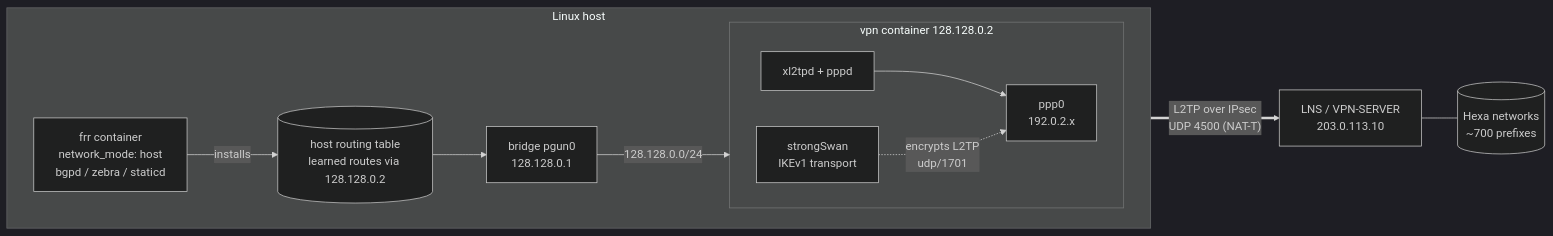
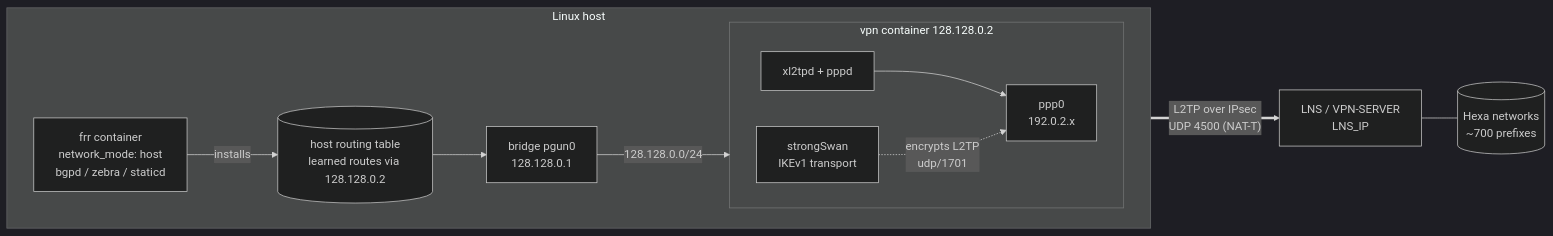
One commit to Hexa-Networks/portal-gun changed the first of 6 diagrams in README.md. Above: the diagram before and after it, drawn with Mermaid (dark theme). The commit also changed other lines of this file and 2 other files, not shown here.

First line of the commit message:
docs/config: remove endereços reais (IP do LNS e topologia interna)

````diff
--- a/README.md
+++ b/README.md
@@ -44,21 +44,21 @@
 ```mermaid
 flowchart LR
     subgraph HOST["Linux host"]
         direction LR
         FRR["frr container<br/>network_mode: host<br/>bgpd / zebra / staticd"]
         KRT[("host routing table<br/>learned routes via 128.128.0.2")]
         BR["bridge pgun0<br/>128.128.0.1"]
         subgraph VPNC["vpn container 128.128.0.2"]
             SS["strongSwan<br/>IKEv1 transport"]
             XL["xl2tpd + pppd"]
             PPP["ppp0<br/>192.0.2.x"]
         end
         FRR -- installs --> KRT
         KRT --> BR
         BR -- "128.128.0.0/24" --> VPNC
         XL --> PPP
         SS -. "encrypts L2TP<br/>udp/1701" .-> PPP
     end
-    PPP == "L2TP over IPsec<br/>UDP 4500 (NAT-T)" ==> LNS["LNS / VPN-SERVER<br/>203.0.113.10"]
+    PPP == "L2TP over IPsec<br/>UDP 4500 (NAT-T)" ==> LNS["LNS / VPN-SERVER<br/>LNS_IP"]
     LNS --- NET[("Hexa networks<br/>~700 prefixes")]
 ```
````
